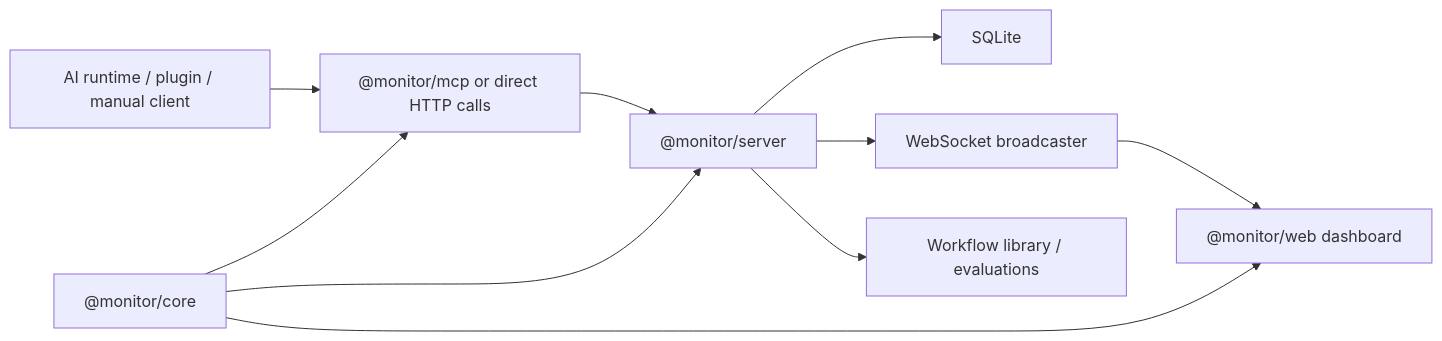
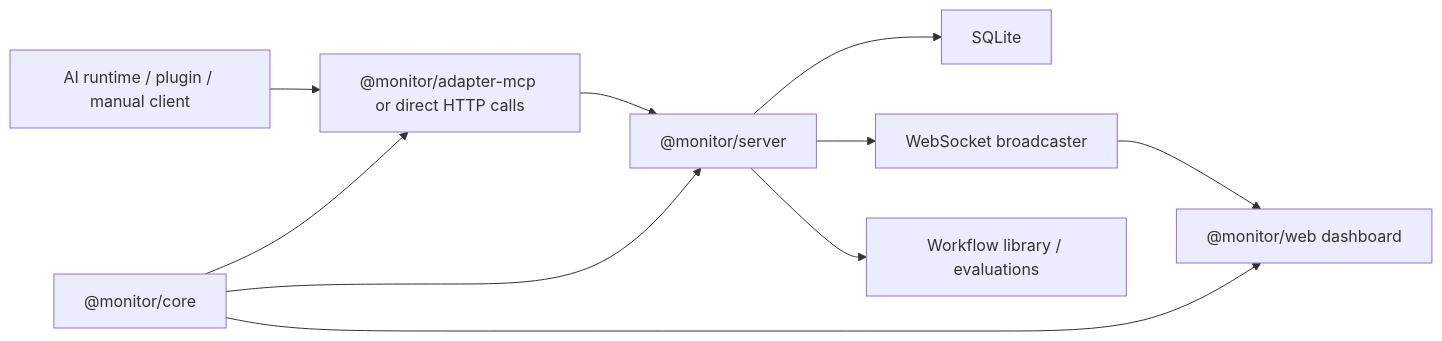
The diagram in docs/wiki/agent-tracer-overview.md (belljun3395/agent-tracer), drawn with Mermaid before and after one commit. The commit also changed other lines of this file and 32 other files, not shown here.

First line of the commit message:
refactor(phase-7a): rename @monitor/mcp to @monitor/adapter-mcp

````diff
--- a/docs/wiki/agent-tracer-overview.md
+++ b/docs/wiki/agent-tracer-overview.md
@@ -11,12 +11,12 @@
 ```mermaid
 flowchart LR
-  A["AI runtime / plugin / manual client"] --> B["@monitor/mcp or direct HTTP calls"]
+  A["AI runtime / plugin / manual client"] --> B["@monitor/adapter-mcp or direct HTTP calls"]
   B --> C["@monitor/server"]
   C --> D["SQLite"]
   C --> E["WebSocket broadcaster"]
   E --> F["@monitor/web dashboard"]
   C --> G["Workflow library / evaluations"]
   H["@monitor/core"] --> B
   H --> C
   H --> F
 ```
````
